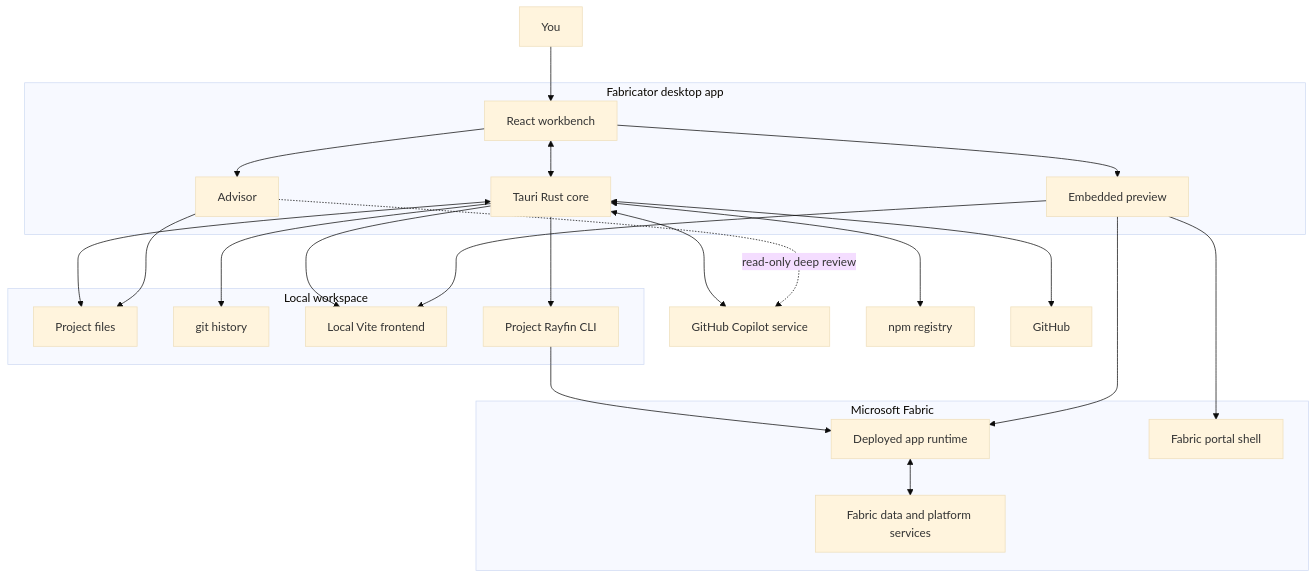
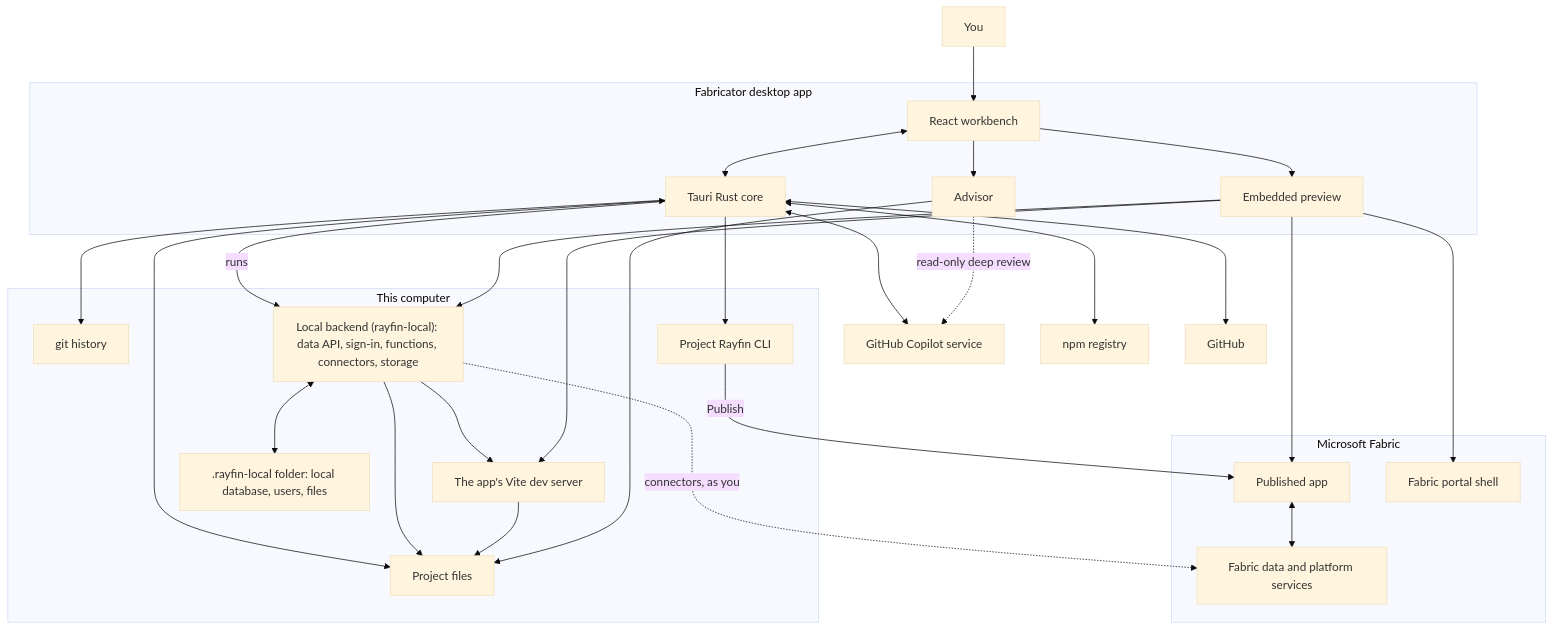
One commit to spatney/rayfin-fabricator changed the diagram in website/content/docs/reference/how-it-works.mdx. Above: the diagram before and after it, drawn with Mermaid (base theme). The commit also changed other lines of this file and 14 other files, not shown here.

````diff
--- a/website/content/docs/reference/how-it-works.mdx
+++ b/website/content/docs/reference/how-it-works.mdx
@@ -34,53 +38,62 @@
 ```mermaid
 flowchart TD
   User["You"]
 
   subgraph Desktop["Fabricator desktop app"]
     UI["React workbench"]
     Core["Tauri Rust core"]
     Preview["Embedded preview"]
     Advisor["Advisor"]
   end
 
-  subgraph Local["Local workspace"]
+  subgraph Computer["This computer"]
     Files["Project files"]
     Git["git history"]
-    Vite["Local Vite frontend"]
+    Backend["Local backend (rayfin-local): data API, sign-in, functions, connectors, storage"]
+    Vite["The app's Vite dev server"]
+    LocalData[".rayfin-local folder: local database, users, files"]
     RayfinCli["Project Rayfin CLI"]
   end
 
   Copilot["GitHub Copilot service"]
   Npm["npm registry"]
   GitHub["GitHub"]
 
   subgraph Fabric["Microsoft Fabric"]
-    Runtime["Deployed app runtime"]
+    Runtime["Published app"]
     Data["Fabric data and platform services"]
     Portal["Fabric portal shell"]
   end
 
   User --> UI
   UI <--> Core
   UI --> Preview
   UI --> Advisor
   Core <--> Files
   Core --> Git
-  Core --> Vite
+  Core -- "runs" --> Backend
   Core --> RayfinCli
   Core <--> Copilot
   Core <--> GitHub
   Core <--> Npm
-  RayfinCli --> Runtime
+  Backend --> Vite
+  Backend <--> LocalData
+  Backend --> Files
+  Vite --> Files
+  Backend -. "connectors, as you" .-> Data
+  Preview --> Vite
+  Preview --> Backend
+  RayfinCli -- "Publish" --> Runtime
   Runtime <--> Data
-  Preview --> Vite
   Preview --> Runtime
   Preview --> Portal
   Advisor --> Files
   Advisor -. "read-only deep review" .-> Copilot
 
   class User actor
   class UI,Core,Preview,Advisor service
-  class Files,Git,Vite,RayfinCli store
+  class Backend,Vite service
+  class Files,Git,LocalData,RayfinCli store
   class Copilot,Npm,GitHub external
   class Runtime,Data,Portal external
 ```
````
